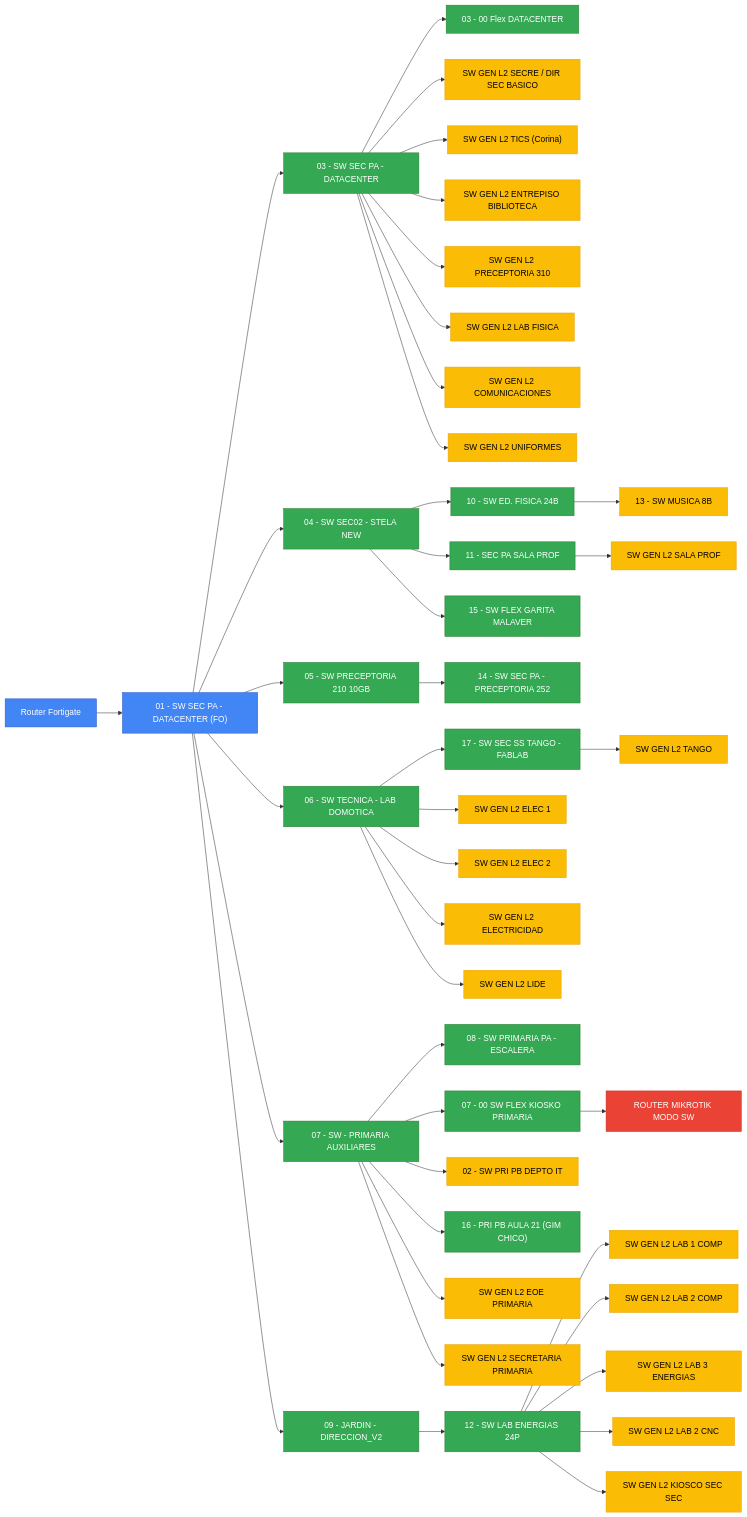
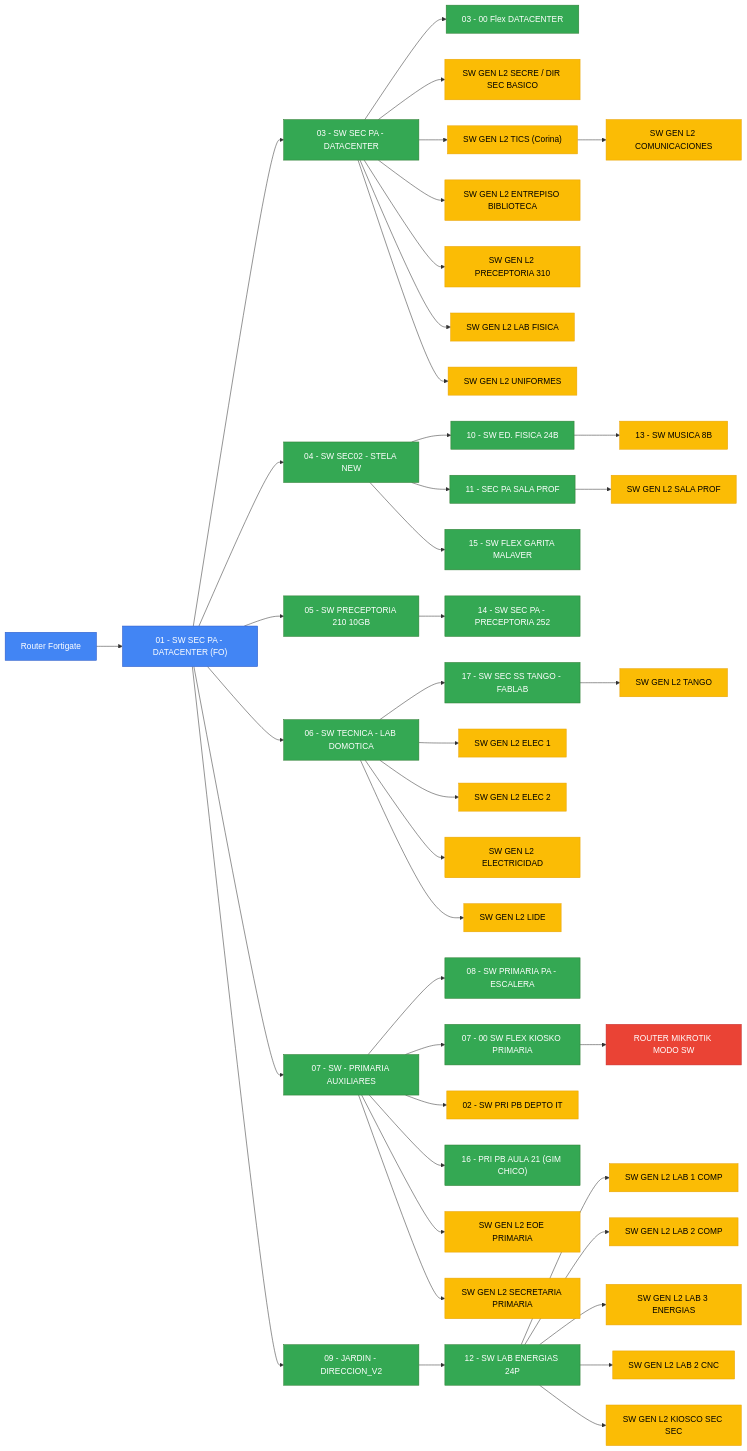
Before and after one commit to carlostcba/Topologia-LSF: the diagram in README.md, drawn with Mermaid.

````diff
--- a/README.md
+++ b/README.md
@@ -2,58 +2,58 @@
 ```mermaid
 flowchart LR
     classDef core fill:#4285F4,stroke:#2A56C6,color:white;
     classDef distribucion fill:#34A853,stroke:#2E7D32,color:white;
     classDef acceso fill:#FBBC05,stroke:#E8A203,color:black;
     classDef especial fill:#EA4335,stroke:#C62828,color:white;
 
     RF[Router Fortigate] --> C01["01 - SW SEC PA - DATACENTER (FO)"]
     C01 --> S03["03 - SW SEC PA - DATACENTER"]
     S03 --> F03["03 - 00 Flex DATACENTER"]
     S03 --> S031["SW GEN L2 SECRE / DIR SEC BASICO"]
     S03 --> S032["SW GEN L2 TICS (Corina)"]
+    S032 --> S036["SW GEN L2 COMUNICACIONES"]
     S03 --> S033["SW GEN L2 ENTREPISO BIBLIOTECA"]
     S03 --> S034["SW GEN L2 PRECEPTORIA 310"]
     S03 --> S035["SW GEN L2 LAB FISICA"]
-    S03 --> S036["SW GEN L2 COMUNICACIONES"]
     S03 --> S037["SW GEN L2 UNIFORMES"]
 
     C01 --> S04["04 - SW SEC02 - STELA NEW"]
     S04 --> E10["10 - SW ED. FISICA 24B"]
     E10 --> M13["13 - SW MUSICA 8B"]
     S04 --> P11["11 - SEC PA SALA PROF"]
     P11 --> SPROF["SW GEN L2 SALA PROF"]
     S04 --> FLEX2["15 - SW FLEX GARITA MALAVER"]
 
     C01 --> S05["05 - SW PRECEPTORIA 210 10GB"]
     S05 --> P14["14 - SW SEC PA - PRECEPTORIA 252"]
 
     C01 --> S06["06 - SW TECNICA - LAB DOMOTICA"]
     S06 --> T17["17 - SW SEC SS TANGO - FABLAB"]
     T17 --> TANGO["SW GEN L2 TANGO"]
     S06 --> ELEC1["SW GEN L2 ELEC 1"]
     S06 --> ELEC2["SW GEN L2 ELEC 2"]
     S06 --> ELEC3["SW GEN L2 ELECTRICIDAD"]
     S06 --> LIDE["SW GEN L2 LIDE"]
 
     C01 --> S07["07 - SW - PRIMARIA AUXILIARES"]
     S07 --> P08["08 - SW PRIMARIA PA - ESCALERA"]
     S07 --> K07["07 - 00 SW FLEX KIOSKO PRIMARIA"]
     K07 --> RMIK["ROUTER MIKROTIK MODO SW"]
     S07 --> D02["02 - SW PRI PB DEPTO IT"]
     S07 --> G16["16 - PRI PB AULA 21 (GIM CHICO)"]
     S07 --> EOE["SW GEN L2 EOE PRIMARIA"]
     S07 --> SPRI["SW GEN L2 SECRETARIA PRIMARIA"]
 
     C01 --> S09["09 - JARDIN - DIRECCION_V2"]
     S09 --> L12["12 - SW LAB ENERGIAS 24P"]
     L12 --> LC1["SW GEN L2 LAB 1 COMP"]
     L12 --> LC2["SW GEN L2 LAB 2 COMP"]
     L12 --> LE3["SW GEN L2 LAB 3 ENERGIAS"]
     L12 --> CNC["SW GEN L2 LAB 2 CNC"]
     L12 --> KSEC["SW GEN L2 KIOSCO SEC SEC"]
 
     class RF,C01 core;
     class S03,S04,S05,S06,S07,S09,F03,FLEX1,FLEX2,P11,E10,P14,T17,P08,K07,G16,L12 distribucion;
     class S031,S032,S033,S034,S035,S036,S037,,M13,SPROF,TANGO,ELEC1,ELEC2,ELEC3,LIDE,D02,EOE,SPRI,LC1,LC2,LE3,CNC,KSEC acceso;
     class RMIK especial;
 ```
````
